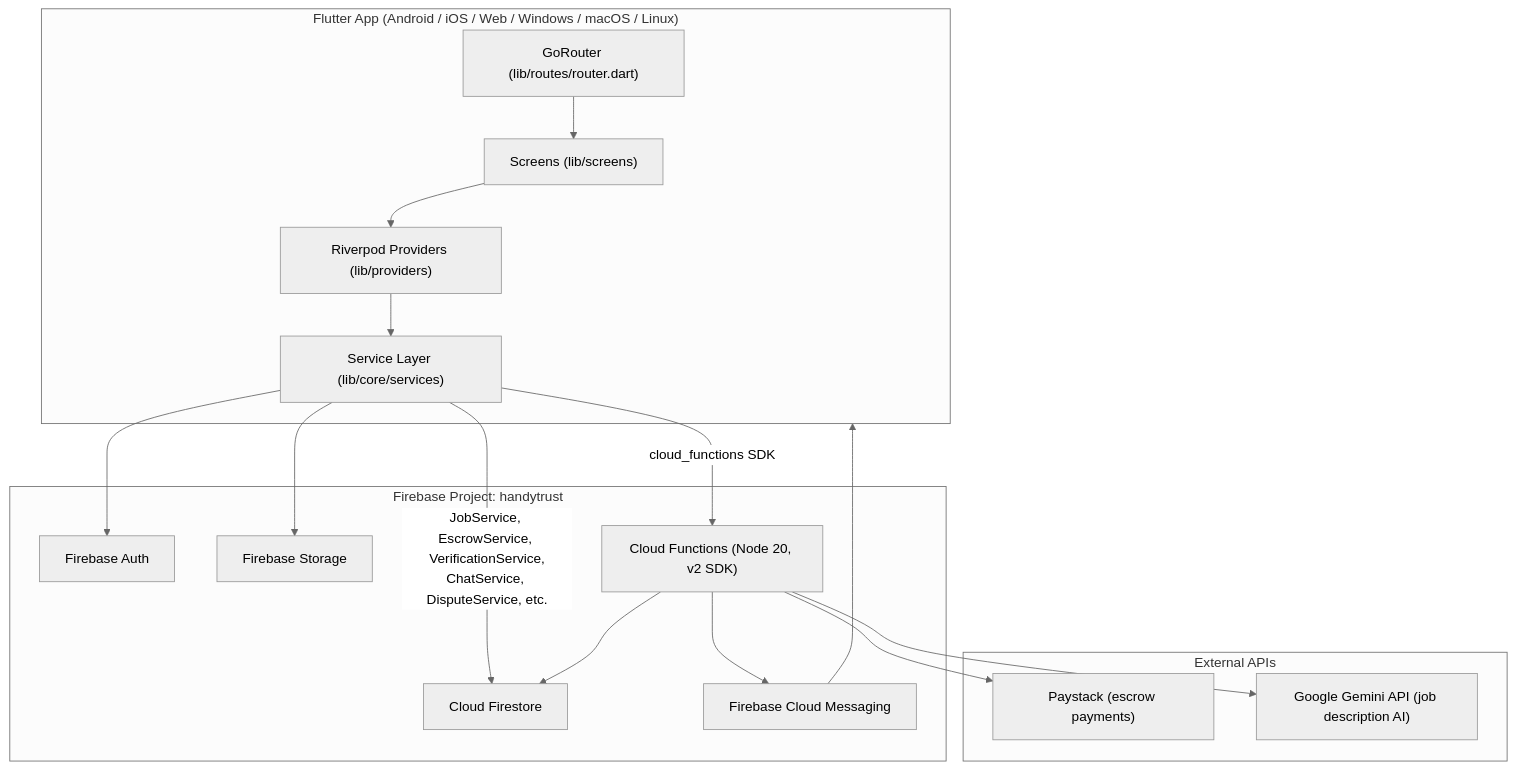
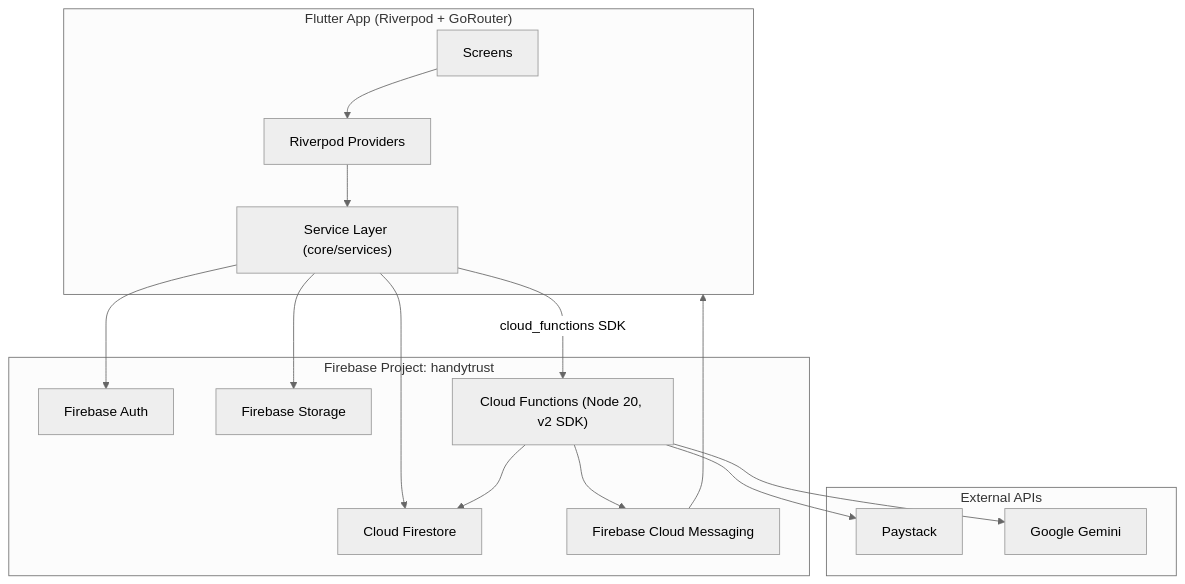
One commit to narutoandgoku92-cloud/HANDYTRUST changed the diagram in README.md. Above: the diagram before and after it, drawn with Mermaid (neutral theme). The commit also changed other lines of this file and 14 other files, not shown here.

````diff
--- a/README.md
+++ b/README.md
@@ -29,34 +53,32 @@
 ```mermaid
 flowchart TB
-    subgraph Client["Flutter App (Android / iOS / Web / Windows / macOS / Linux)"]
-        UI["Screens (lib/screens)"]
-        Riverpod["Riverpod Providers (lib/providers)"]
-        Services["Service Layer (lib/core/services)"]
-        Router["GoRouter (lib/routes/router.dart)"]
+    subgraph Client["Flutter App (Riverpod + GoRouter)"]
+        UI["Screens"]
+        Providers["Riverpod Providers"]
+        Services["Service Layer (core/services)"]
     end
 
     subgraph Firebase["Firebase Project: handytrust"]
         Auth["Firebase Auth"]
         Firestore["Cloud Firestore"]
         Storage["Firebase Storage"]
         FCM["Firebase Cloud Messaging"]
         Functions["Cloud Functions (Node 20, v2 SDK)"]
     end
 
     subgraph External["External APIs"]
-        Paystack["Paystack (escrow payments)"]
-        Gemini["Google Gemini API (job description AI)"]
+        Paystack["Paystack"]
+        Gemini["Google Gemini"]
     end
 
-    UI --> Riverpod --> Services
-    Router --> UI
-    Services -->|JobService, EscrowService, VerificationService,\nChatService, DisputeService, etc.| Firestore
+    UI --> Providers --> Services
+    Services --> Auth
+    Services --> Firestore
     Services --> Storage
-    Services --> Auth
     Services -->|cloud_functions SDK| Functions
     Functions --> Firestore
     Functions --> FCM
     Functions --> Paystack
     Functions --> Gemini
     FCM --> Client
 ```
````
